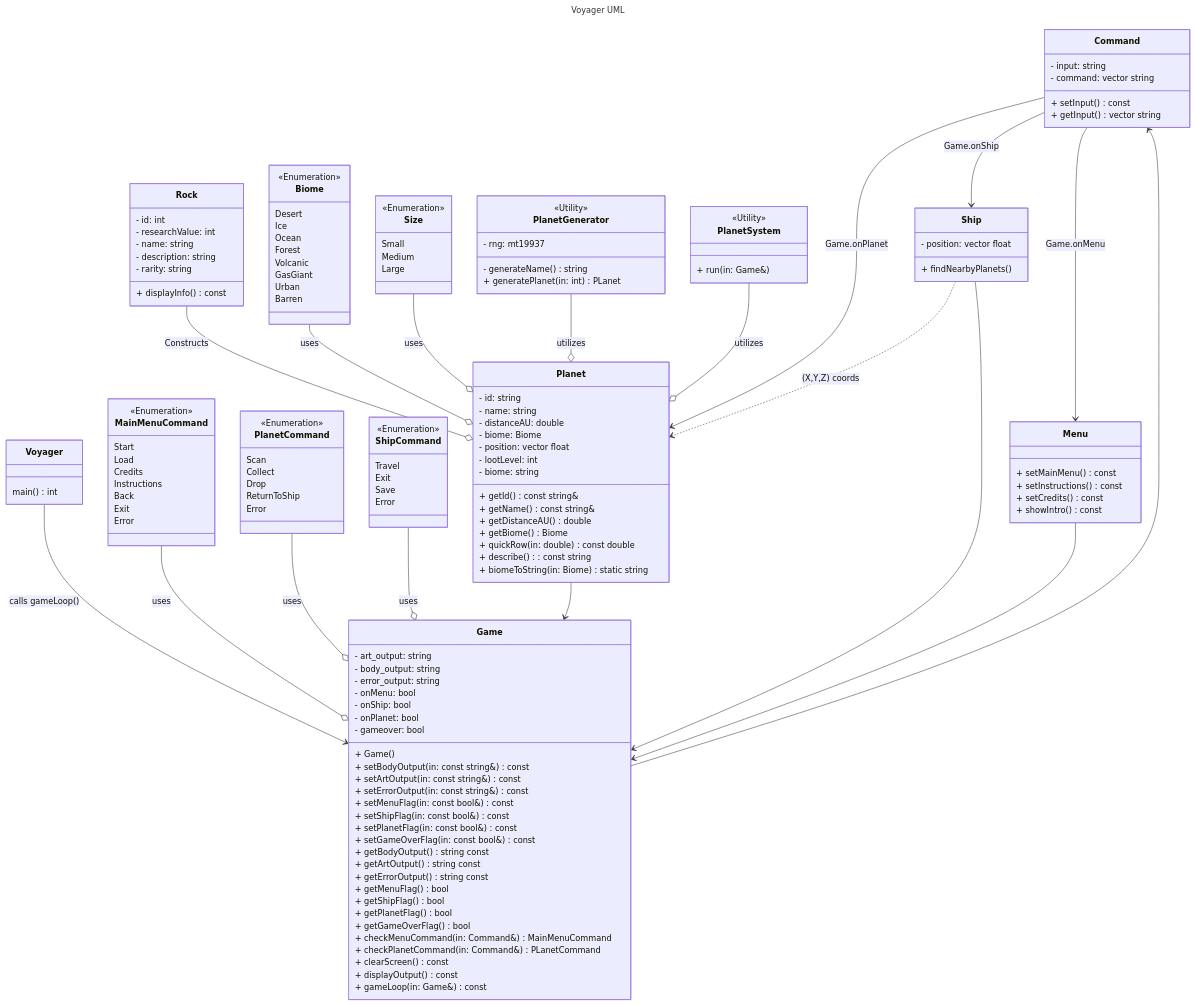
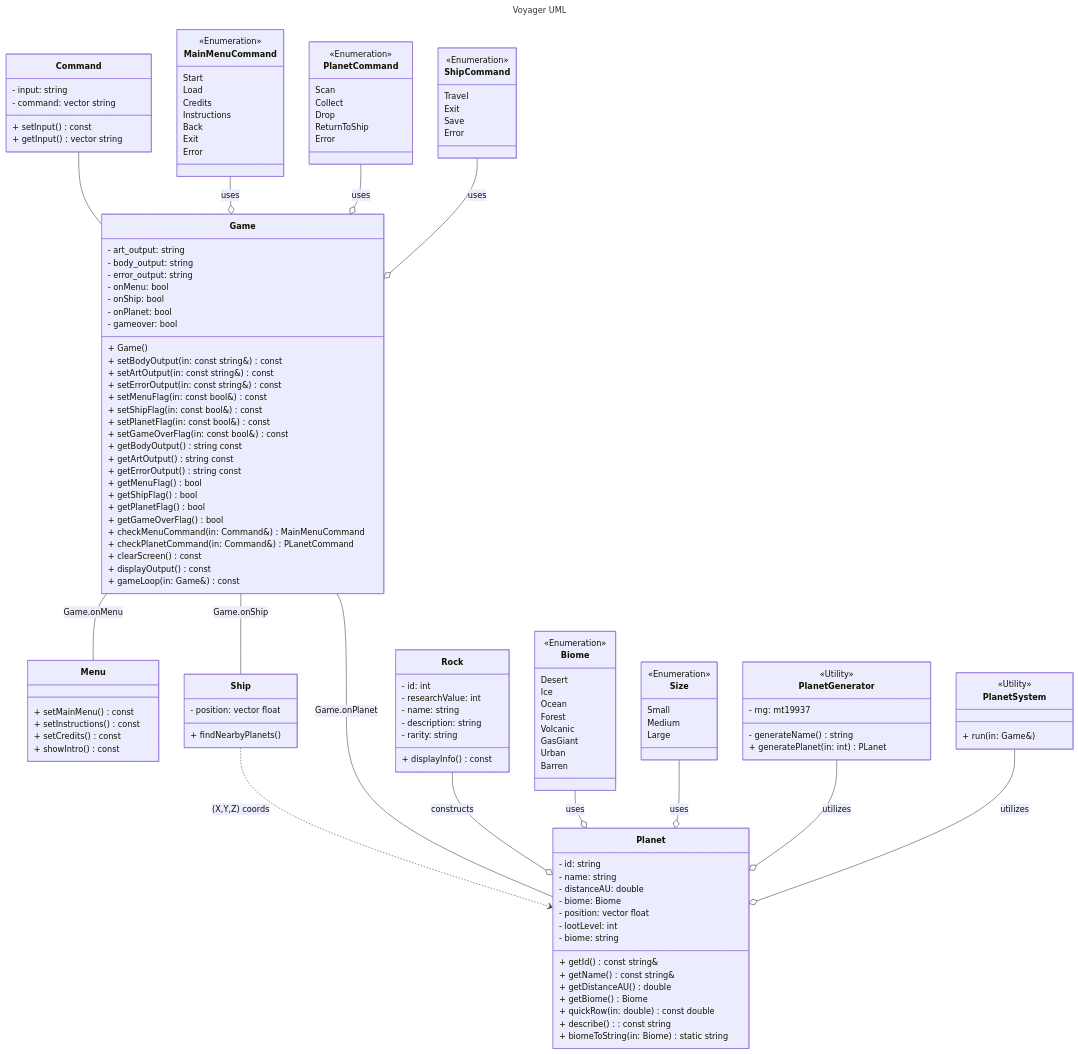
One commit to JSyv05/Voyager changed the diagram in Voyager/UML/UML.md. Above: the diagram before and after it, drawn with Mermaid.

Commit message:
DREAM-65 Updated UML to not include paths connecting Command to other classes

```diff
--- a/Voyager/UML/UML.md
+++ b/Voyager/UML/UML.md
@@ -4,28 +4,24 @@
 ---	
 
 classDiagram
+	Command -- Game
+	MainMenuCommand --o Game : uses
+	PlanetCommand --o Game : uses
+	ShipCommand --o Game : uses
+	Game -- Menu : Game.onMenu
+	Game -- Ship : Game.onShip
 
-	Voyager --> Game : calls gameLoop()
-	MainMenuCommand --o Game : uses
-	PlanetCommand --o Game :uses
-	ShipCommand --o Game :uses
-	Rock --o Planet : Constructs
+
+
+
+	Ship ..> Planet : (X,Y,Z) coords
+	Game -- Planet : Game.onPlanet
+	Rock --o Planet : constructs
 	Biome --o Planet : uses
 	Size --o Planet : uses
 	PlanetGenerator --o Planet : utilizes
 	PlanetSystem --o Planet : utilizes
-	Command --> Planet : Game.onPlanet
-	Command --> Ship : Game.onShip
-	Command --> Menu : Game.onMenu
-	Planet --> Game
-	Ship --> Game
-	Menu --> Game
-	Command <-- Game
-	Ship ..> Planet : (X,Y,Z) coords
-	
-	class Voyager {
-		main() int
-	}
+
 	
 	class Game{
 	    - art_output: string
```
